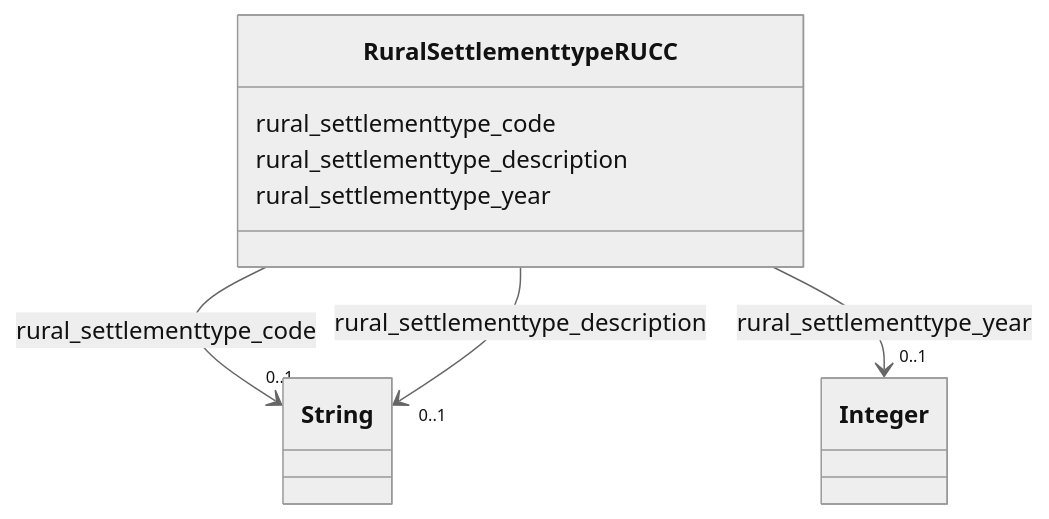
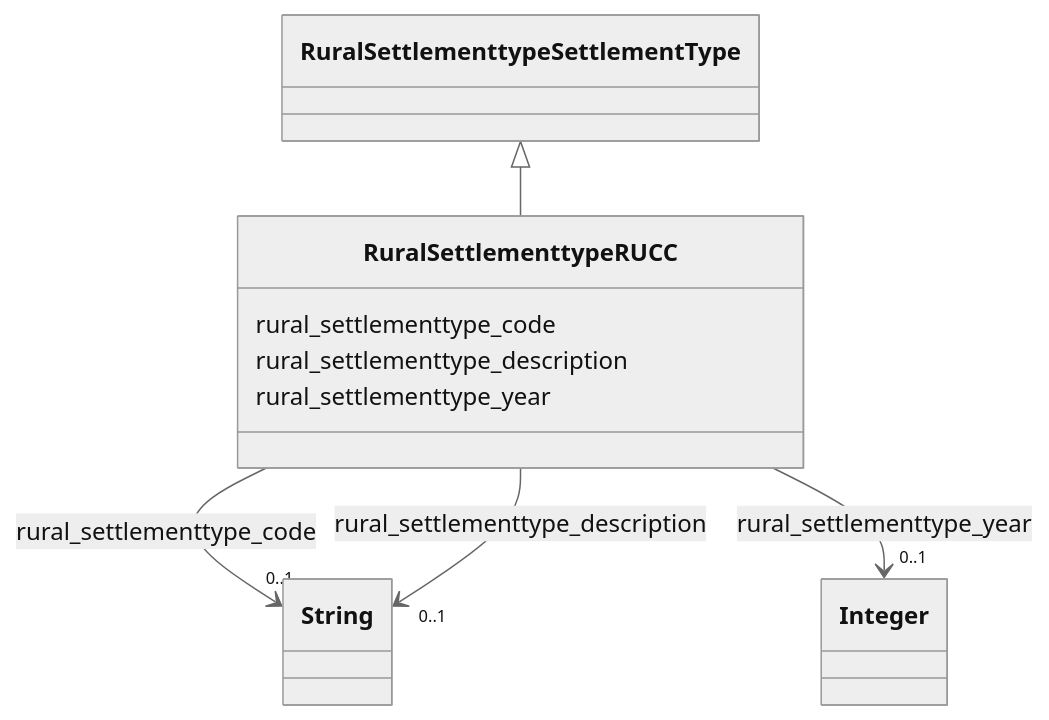
One commit to frink-okn/graph-descriptions changed the diagram in rural-kg/classes/RuralSettlementtypeRUCC.md. Above: the diagram before and after it, drawn with Mermaid (neutral theme). The commit also changed other lines of this file and 51 other files, not shown here.

Commit message:
read metadata about rural-kg classes from graph itself

````diff
--- a/rural-kg/classes/RuralSettlementtypeRUCC.md
+++ b/rural-kg/classes/RuralSettlementtypeRUCC.md
@@ -19,33 +19,36 @@
 ```mermaid
  classDiagram
     class RuralSettlementtypeRUCC
     click RuralSettlementtypeRUCC href "../RuralSettlementtypeRUCC"
+      RuralSettlementtypeSettlementType <|-- RuralSettlementtypeRUCC
+        click RuralSettlementtypeSettlementType href "../RuralSettlementtypeSettlementType"
+      
       RuralSettlementtypeRUCC : rural_settlementtype_code
         
           
     
     
     RuralSettlementtypeRUCC --> "0..1" String : rural_settlementtype_code
     click String href "../String"
 
         
       RuralSettlementtypeRUCC : rural_settlementtype_description
         
           
     
     
     RuralSettlementtypeRUCC --> "0..1" String : rural_settlementtype_description
     click String href "../String"
 
         
       RuralSettlementtypeRUCC : rural_settlementtype_year
         
           
     
     
     RuralSettlementtypeRUCC --> "0..1" Integer : rural_settlementtype_year
     click Integer href "../Integer"
 
         
       
 ```
````
